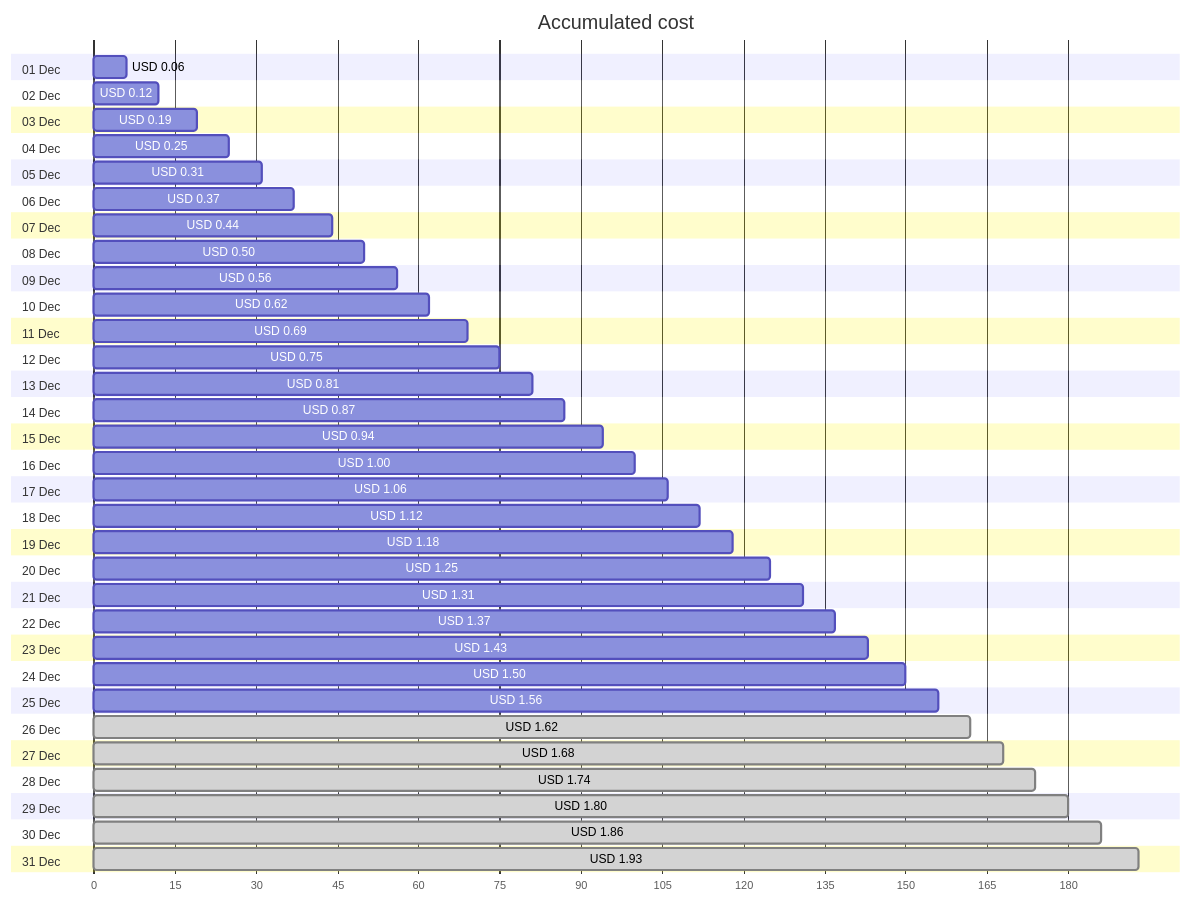
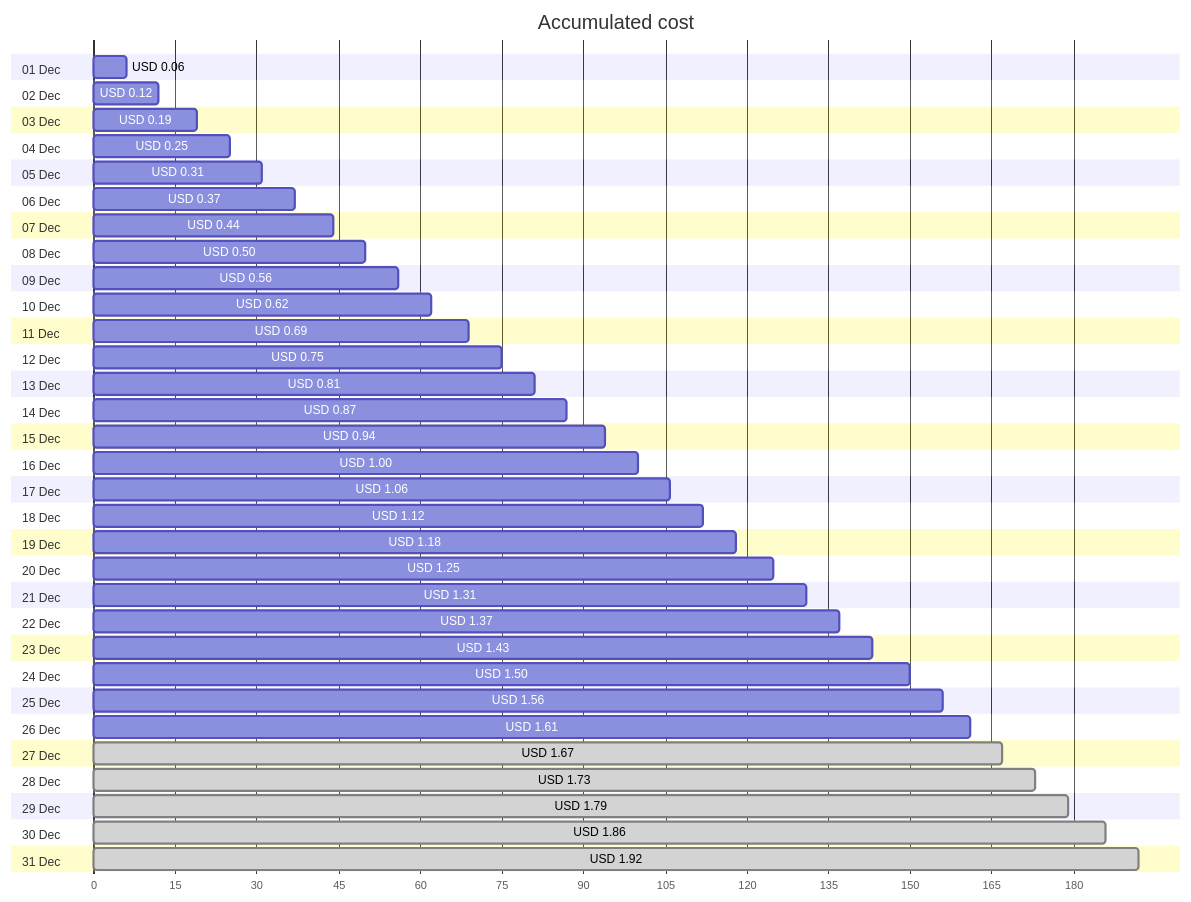
Before and after one commit to jpfulton/azure-personal-reports: the first of 4 diagrams in cost-reports/personal-network/vpn-server_OsDisk.md, drawn with Mermaid. The commit also changed other lines of this file and 8 other files, not shown here.

````diff
--- a/cost-reports/personal-network/vpn-server_OsDisk.md
+++ b/cost-reports/personal-network/vpn-server_OsDisk.md
@@ -20,68 +20,68 @@
 ```mermaid
 gantt
    title Accumulated cost
    dateFormat  X
    axisFormat %s
    section 01 Dec
    USD 0.06 :0, 6
    section 02 Dec
    USD 0.12 :0, 12
    section 03 Dec
    USD 0.19 :0, 19
    section 04 Dec
    USD 0.25 :0, 25
    section 05 Dec
    USD 0.31 :0, 31
    section 06 Dec
    USD 0.37 :0, 37
    section 07 Dec
    USD 0.44 :0, 44
    section 08 Dec
    USD 0.50 :0, 50
    section 09 Dec
    USD 0.56 :0, 56
    section 10 Dec
    USD 0.62 :0, 62
    section 11 Dec
    USD 0.69 :0, 69
    section 12 Dec
    USD 0.75 :0, 75
    section 13 Dec
    USD 0.81 :0, 81
    section 14 Dec
    USD 0.87 :0, 87
    section 15 Dec
    USD 0.94 :0, 94
    section 16 Dec
    USD 1.00 :0, 100
    section 17 Dec
    USD 1.06 :0, 106
    section 18 Dec
    USD 1.12 :0, 112
    section 19 Dec
    USD 1.18 :0, 118
    section 20 Dec
    USD 1.25 :0, 125
    section 21 Dec
    USD 1.31 :0, 131
    section 22 Dec
    USD 1.37 :0, 137
    section 23 Dec
    USD 1.43 :0, 143
    section 24 Dec
    USD 1.50 :0, 150
    section 25 Dec
    USD 1.56 :0, 156
    section 26 Dec
-   USD 1.62 : done, 0, 162
+   USD 1.61 :0, 161
    section 27 Dec
-   USD 1.68 : done, 0, 168
+   USD 1.67 : done, 0, 167
    section 28 Dec
-   USD 1.74 : done, 0, 174
+   USD 1.73 : done, 0, 173
    section 29 Dec
-   USD 1.80 : done, 0, 180
+   USD 1.79 : done, 0, 179
    section 30 Dec
    USD 1.86 : done, 0, 186
    section 31 Dec
-   USD 1.93 : done, 0, 193
+   USD 1.92 : done, 0, 192
 ```
````
